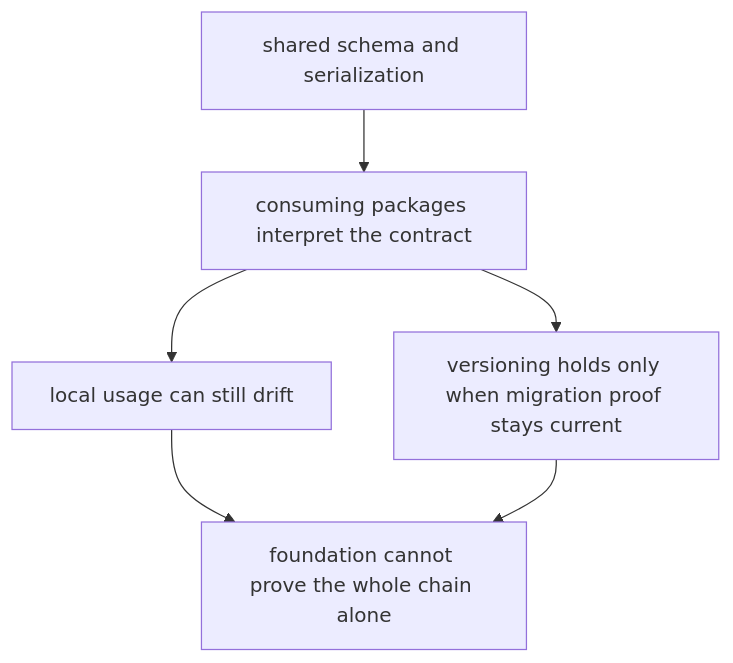
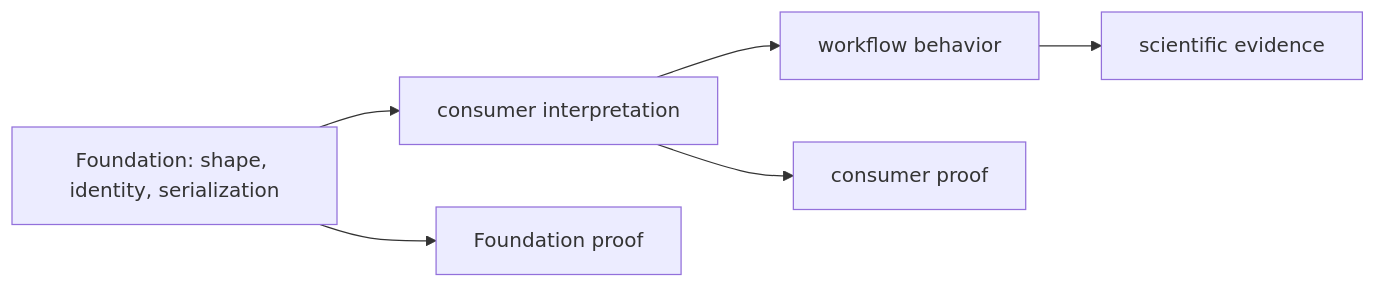
One commit to bijux/bijux-proteomics changed the diagram in docs/03-bijux-proteomics-foundation/quality/known-limitations.md. Above: the diagram before and after it, drawn with Mermaid. The commit also changed other lines of this file and 2 other files, not shown here.

Commit message:
docs(foundation): specify shared contract proof

````diff
--- a/docs/03-bijux-proteomics-foundation/quality/known-limitations.md
+++ b/docs/03-bijux-proteomics-foundation/quality/known-limitations.md
@@ -18,14 +31,8 @@
 ```mermaid
-flowchart TB
-    foundation["shared schema and serialization"]
-    consumers["consuming packages interpret the contract"]
-    usage["local usage can still drift"]
-    migrations["versioning holds only when migration proof stays current"]
-    limit["foundation cannot prove the whole chain alone"]
-
-    foundation --> consumers
-    consumers --> usage
-    consumers --> migrations
-    usage --> limit
-    migrations --> limit
+flowchart LR
+    F["Foundation: shape, identity, serialization"] --> C["consumer interpretation"]
+    C --> W["workflow behavior"]
+    F --> P["Foundation proof"]
+    C --> O["consumer proof"]
+    W --> S["scientific evidence"]
 ```
````
